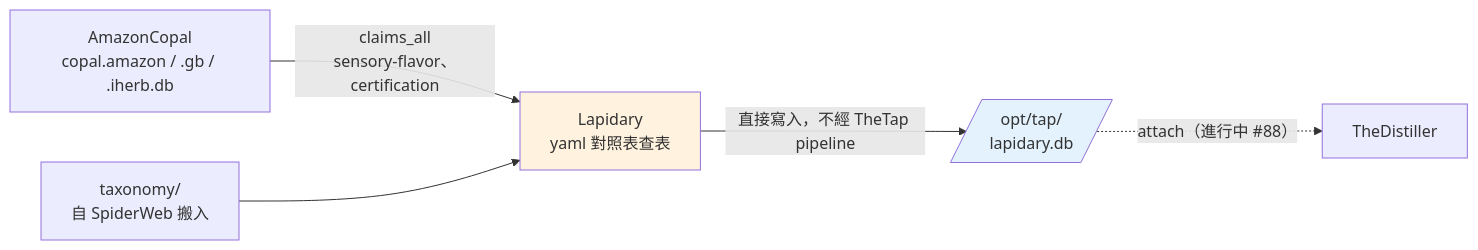
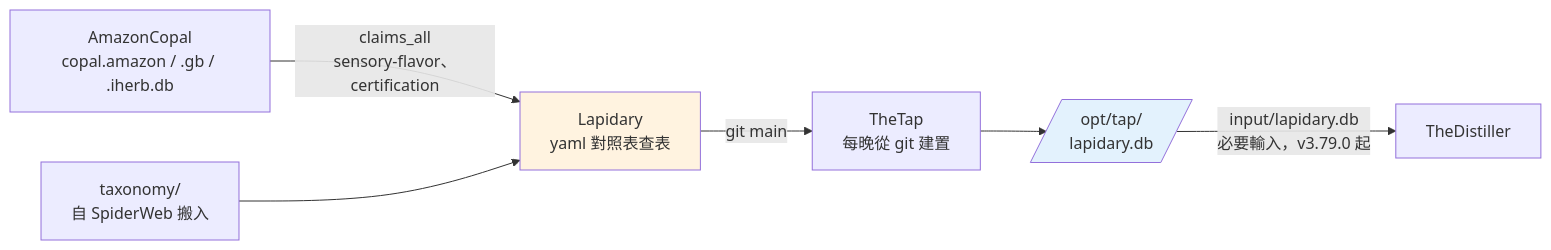
The diagram in projects/alchemymind/lapidary.md (mapleelpam/LuminNexus-LearningMap), drawn with Mermaid before and after one commit. The commit also changed other lines of this file and 3 other files, not shown here.

Commit message:
docs: Lapidary flavor 切換完成——distiller v3.79.0 起必要輸入，TheTap 從 git 建置 lapidary.db

````diff
--- a/projects/alchemymind/lapidary.md
+++ b/projects/alchemymind/lapidary.md
@@ -83,10 +83,11 @@
 ```mermaid
 graph LR
     C[AmazonCopal<br/>copal.amazon / .gb / .iherb.db] -->|claims_all<br/>sensory-flavor、certification| L[Lapidary<br/>yaml 對照表查表]
     T[taxonomy/<br/>自 SpiderWeb 搬入] --> L
-    L -->|直接寫入，不經 TheTap pipeline| DB[/opt/tap/<br/>lapidary.db/]
-    DB -.->|attach（進行中 #88）| D[TheDistiller]
+    L -->|git main| TT[TheTap<br/>每晚從 git 建置]
+    TT --> DB[/opt/tap/<br/>lapidary.db/]
+    DB -->|input/lapidary.db<br/>必要輸入，v3.79.0 起| D[TheDistiller]
 
     style L fill:#fff3e0
     style DB fill:#e3f2fd
 ```
````
